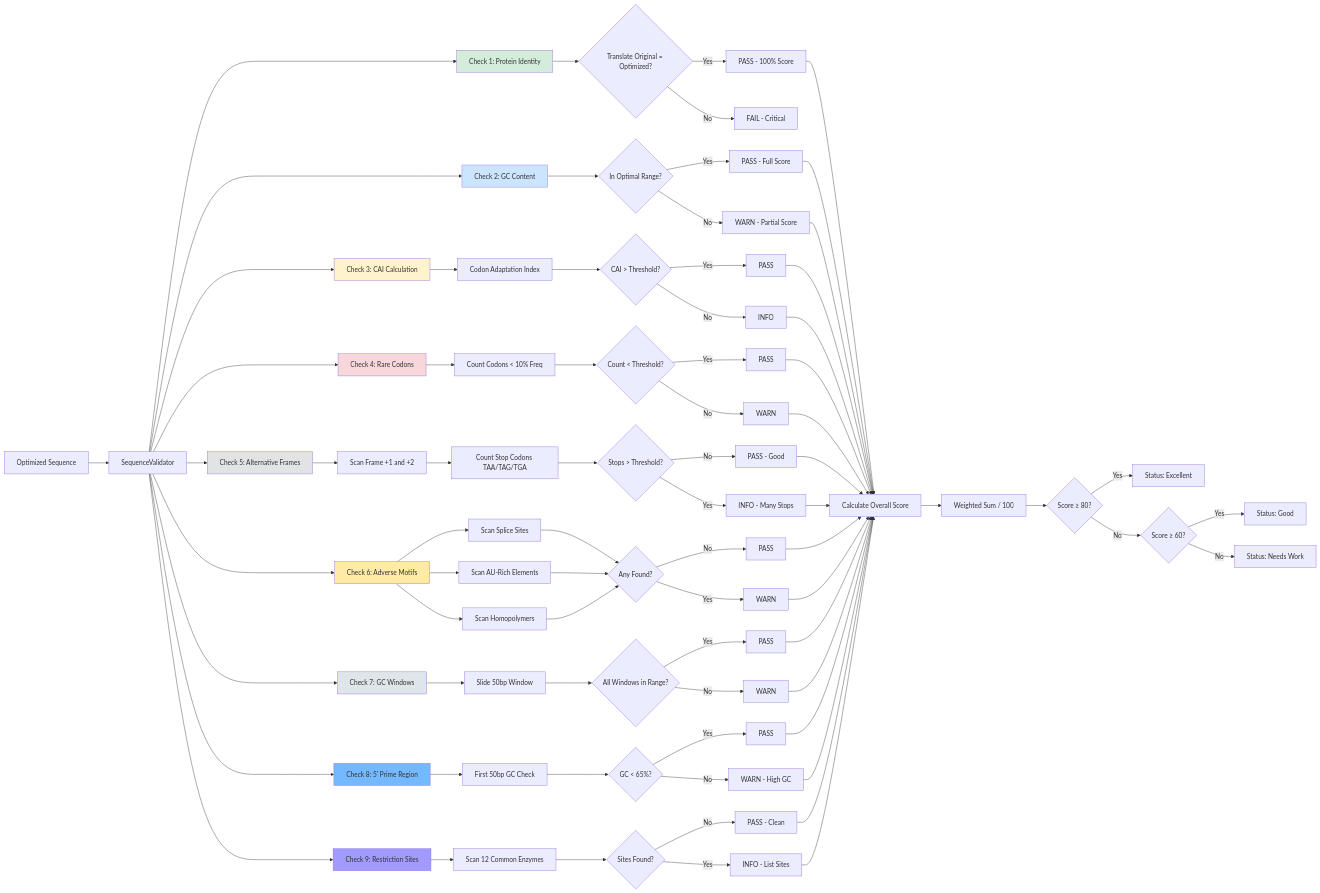
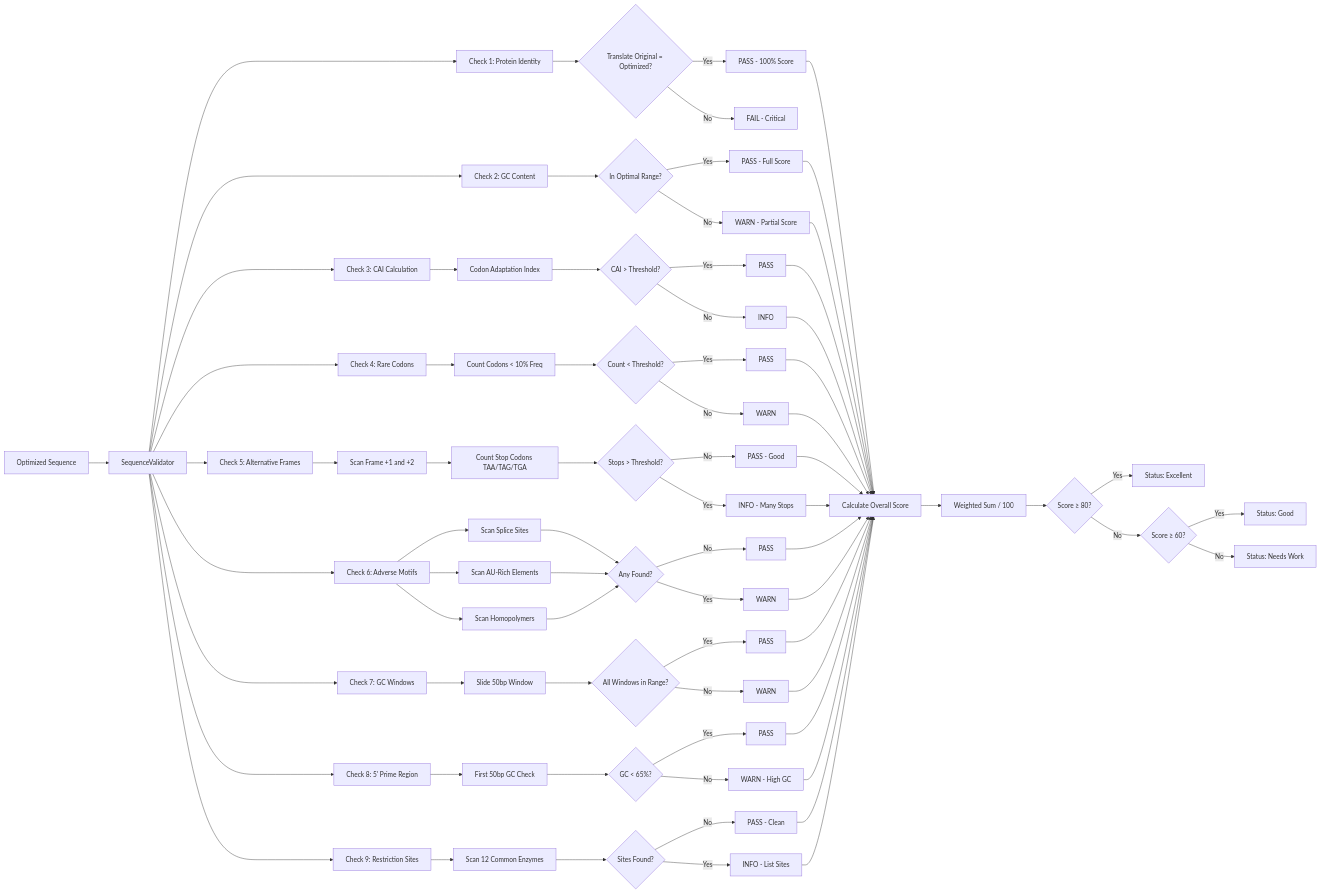
Before and after one commit to yaho3122/lab-apps-portfolio: the fifth of 7 diagrams in Bioinformatics-Tools/Codon-OPT/architecture.md, drawn with Mermaid. The commit also changed other lines of this file, not shown here.

````diff
--- a/Bioinformatics-Tools/Codon-OPT/architecture.md
+++ b/Bioinformatics-Tools/Codon-OPT/architecture.md
@@ -426,13 +412,5 @@
     BA -->|Yes| BB[Status: Good]
     BA -->|No| BC[Status: Needs Work]
     
-    style C fill:#d4edda
-    style G fill:#cce5ff
-    style K fill:#fff3cd
-    style P fill:#f8d7da
-    style U fill:#e2e3e5
-    style AA fill:#ffeaa7
-    style AH fill:#dfe6e9
-    style AM fill:#74b9ff
-    style AR fill:#a29bfe
+   
 ```
````
